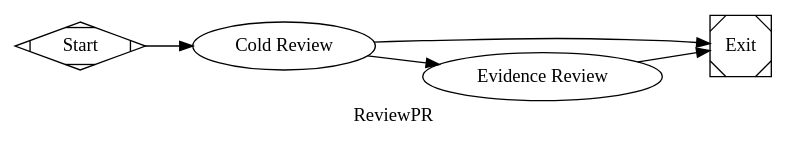
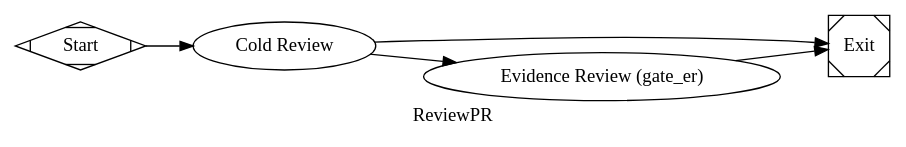
The diagram in pipelines/slim/review_pr.dot (jleechanorg/dark-factory), drawn with Graphviz before and after one commit. The commit also changed 30 other files, not shown here.

First line of the commit message:
fix(dark-factory): conformance walker + adversarial-review dispatch + 6 polish fixes

```diff
--- a/pipelines/slim/review_pr.dot
+++ b/pipelines/slim/review_pr.dot
@@ -1,30 +1,47 @@
 digraph ReviewPR {
     graph [
-        goal="PR review: cold review + evidence gates (no holdout — holdouts test feature scenarios not PR diffs)."
+        goal="PR review: cold codergen review + a real SHA-bound evidence gate (gate_er on agy, claude fallback). No holdout — holdouts test feature scenarios, not PR diffs."
         label="ReviewPR"
         rankdir=LR
     ]
 
     start  [shape=Mdiamond, label="Start"]
     exit   [shape=Msquare,  label="Exit"]
 
+    // Cold fresh-eyes review. type=codergen → honors the run-level --backend
+    // (set --backend agy for an independent adversarial pass). It can edit, so
+    // it is NOT the merge-confidence reviewer; the gate below is.
     review  [
         type="codergen",
         label="Cold Review",
         class="review",
         prompt="@prompts/slim/review.md",
         goal_gate=true
     ]
+
+    // Real evidence reviewer: SHA-bound, read-only, verdict-parsed. Resolves
+    // via the adversarial-review priority queue (codex > minimax > agy >
+    // claude-sonnet) so the reviewer is a *different vendor* from the
+    // implementing coder. prefer_adversarial: true guarantees the run-level
+    // coder backend is excluded from the queue (a `claude` coder run cannot
+    // accidentally get a `claude` reviewer). The agy→claude infra fallback
+    // still applies (never reviewer-shops a real fail/partial). Priority list
+    // comes from backend_priority= here; overridable per-run via
+    // DARK_FACTORY_ADVERSARIAL_PRIORITY. gate_er echo-short-circuits on the
+    // run-level backend, so --backend echo smoke still pre-seeds via
+    // ctx.state["evidence.outcome"].
     evidence [
-        type="codergen",
-        label="Evidence Review",
+        type="gate_er",
+        label="Evidence Review (gate_er)",
         class="review",
-        prompt="@prompts/slim/evidence_review.md"
+        backend_priority="codex,minimax,agy,claude-sonnet",
+        prefer_adversarial="true",
+        timeout=600
     ]
 
     start    -> review
     review   -> evidence  [condition="outcome=success"]
     review   -> exit      [condition="outcome!=success"]
 
     evidence -> exit
 }
```
